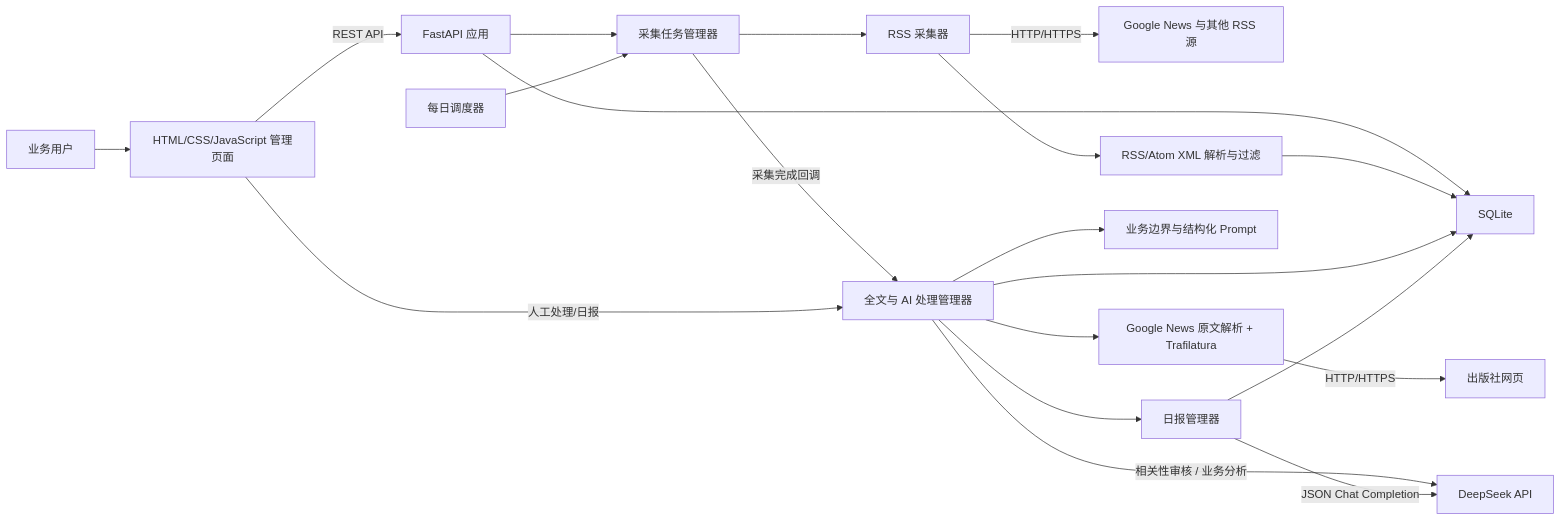
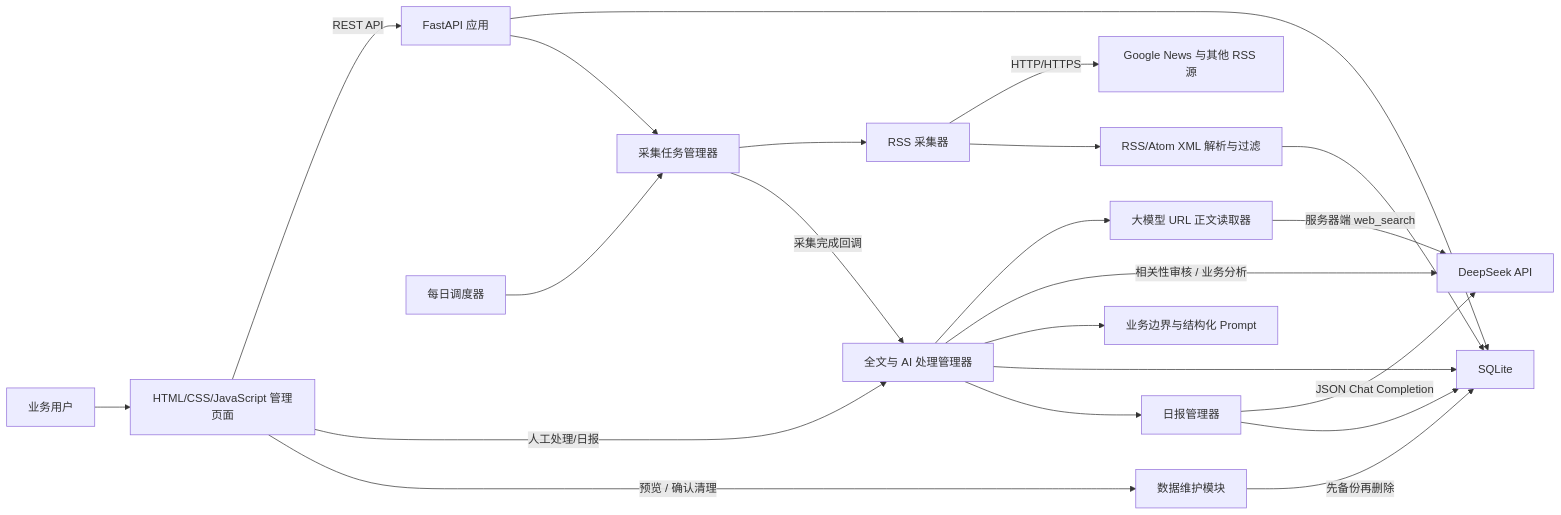
One commit to shiye1213/intco-rss-collector changed the first of 3 diagrams in docs/architecture.md. Above: the diagram before and after it, drawn with Mermaid. The commit also changed other lines of this file and 26 other files, not shown here.

````diff
--- a/docs/architecture.md
+++ b/docs/architecture.md
@@ -5,22 +5,24 @@
 ```mermaid
 flowchart LR
     U["业务用户"] --> UI["HTML/CSS/JavaScript 管理页面"]
     UI -->|"REST API"| API["FastAPI 应用"]
     API --> DB["SQLite"]
     API --> CM["采集任务管理器"]
     SCH["每日调度器"] --> CM
     CM --> COL["RSS 采集器"]
     COL -->|"HTTP/HTTPS"| RSS["Google News 与其他 RSS 源"]
     COL --> PARSE["RSS/Atom XML 解析与过滤"]
     PARSE --> DB
     CM -->|"采集完成回调"| AIM["全文与 AI 处理管理器"]
     UI -->|"人工处理/日报"| AIM
-    AIM --> FETCH["Google News 原文解析 + Trafilatura"]
-    FETCH -->|"HTTP/HTTPS"| WEB["出版社网页"]
-    AIM -->|"相关性审核 / 业务分析"| DS["DeepSeek API"]
+    AIM --> READER["大模型 URL 正文读取器"]
+    READER -->|"服务器端 web_search"| DS["DeepSeek API"]
+    AIM -->|"相关性审核 / 业务分析"| DS
     AIM --> PROMPT["业务边界与结构化 Prompt"]
     AIM --> DB
     AIM --> RM["日报管理器"]
     RM -->|"JSON Chat Completion"| DS
     RM --> DB
+    UI -->|"预览 / 确认清理"| MAINT["数据维护模块"]
+    MAINT -->|"先备份再删除"| DB
 ```
````
